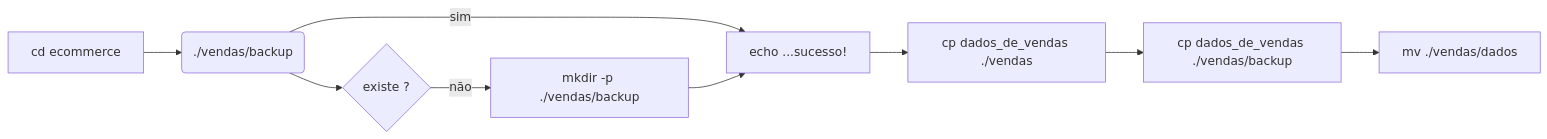
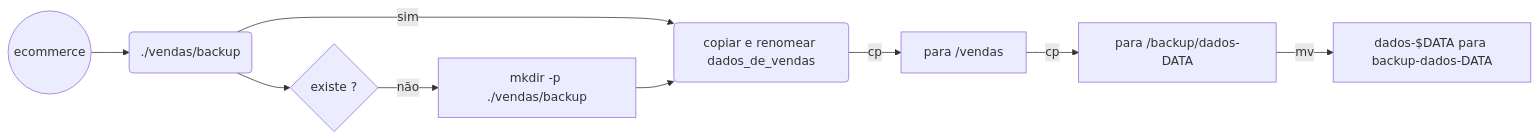
The second of 5 diagrams in sprint1/desafio/README.md (jqln-vc/compass-academy), drawn with Mermaid before and after one commit. The commit also changed other lines of this file, not shown here.

````diff
--- a/sprint1/desafio/README.md
+++ b/sprint1/desafio/README.md
@@ -64,12 +62,11 @@
 ```mermaid
 graph LR
-    A[cd ecommerce] --> B(./vendas/backup)
+    A((ecommerce)) --> B(./vendas/backup)
     B --> C{existe ?}
     C -- não --> D[mkdir -p ./vendas/backup]
-    B -- sim --> E[echo ...sucesso!]
+    B -- sim --> E(copiar e renomear dados_de_vendas)
     D --> E
-    E --> F[cp dados_de_vendas ./vendas]
-    F --> G[cp dados_de_vendas ./vendas/backup]
-    G --> I[mv ./vendas/dados]
-
+    E -- cp --> F[para /vendas]
+    F -- cp --> G[para /backup/dados-DATA]
+    G -- mv --> I[dados-$DATA para backup-dados-DATA]
 ```
````
